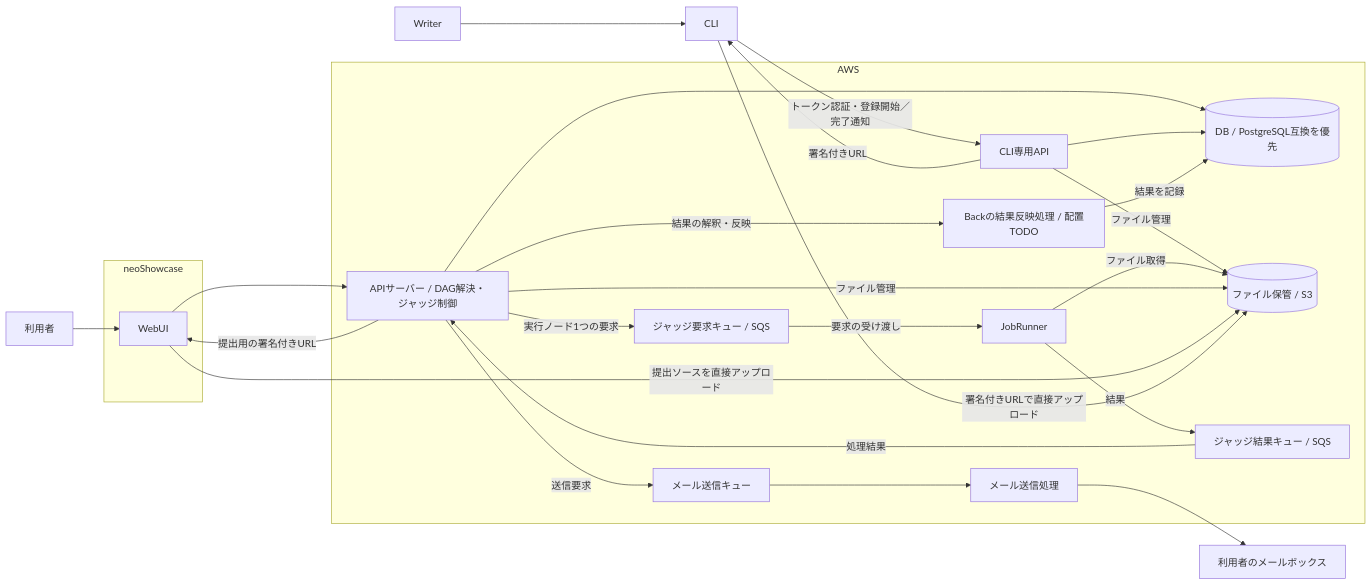
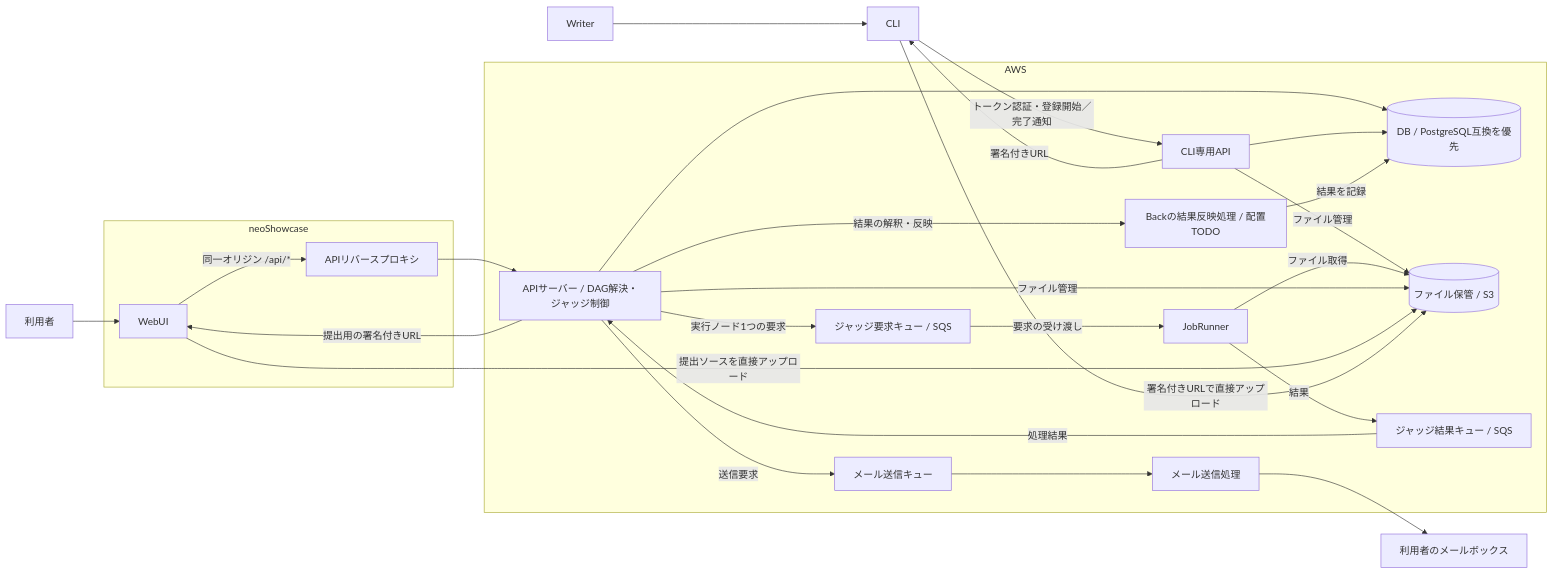
Before and after one commit to traP-jp/traOJudge: the diagram in docs/requirements/08-product-perspective/product-perspective.md, drawn with Mermaid. The commit also changed other lines of this file and 36 other files, not shown here.

First line of the commit message:
feat(authentication): Update email change and registration flows

````diff
--- a/docs/requirements/08-product-perspective/product-perspective.md
+++ b/docs/requirements/08-product-perspective/product-perspective.md
@@ -9,40 +11,42 @@
 ```mermaid
 flowchart LR
     User[利用者] --> UI
     Writer[Writer] --> Tool[CLI]
     subgraph Neo[neoShowcase]
         UI[WebUI]
+        Proxy[APIリバースプロキシ]
     end
     subgraph AWS[AWS]
         API[APIサーバー / DAG解決・ジャッジ制御]
         CLIAPI[CLI専用API]
         DB[(DB / PostgreSQL互換を優先)]
         Storage[(ファイル保管 / S3)]
         Request[ジャッジ要求キュー / SQS]
         Runner[JobRunner]
         Response[ジャッジ結果キュー / SQS]
         Receiver[Backの結果反映処理 / 配置TODO]
         MailQueue[メール送信キュー]
         Mailer[メール送信処理]
         API --> DB
         CLIAPI --> DB
         CLIAPI -->|ファイル管理| Storage
         API -->|実行ノード1つの要求| Request
         Request -->|要求の受け渡し| Runner
         Runner -->|結果| Response
         Response -->|処理結果| API
         API -->|結果の解釈・反映| Receiver
         Receiver -->|結果を記録| DB
         Runner -->|ファイル取得| Storage
         API -->|ファイル管理| Storage
         API -->|送信要求| MailQueue
         MailQueue --> Mailer
     end
-    UI --> API
+    UI -->|同一オリジン /api/*| Proxy
+    Proxy --> API
     API -->|提出用の署名付きURL| UI
     UI -->|提出ソースを直接アップロード| Storage
     Tool -->|トークン認証・登録開始／完了通知| CLIAPI
     CLIAPI -->|署名付きURL| Tool
     Tool -->|署名付きURLで直接アップロード| Storage
     Mailer --> Mail[利用者のメールボックス]
 ```
````
